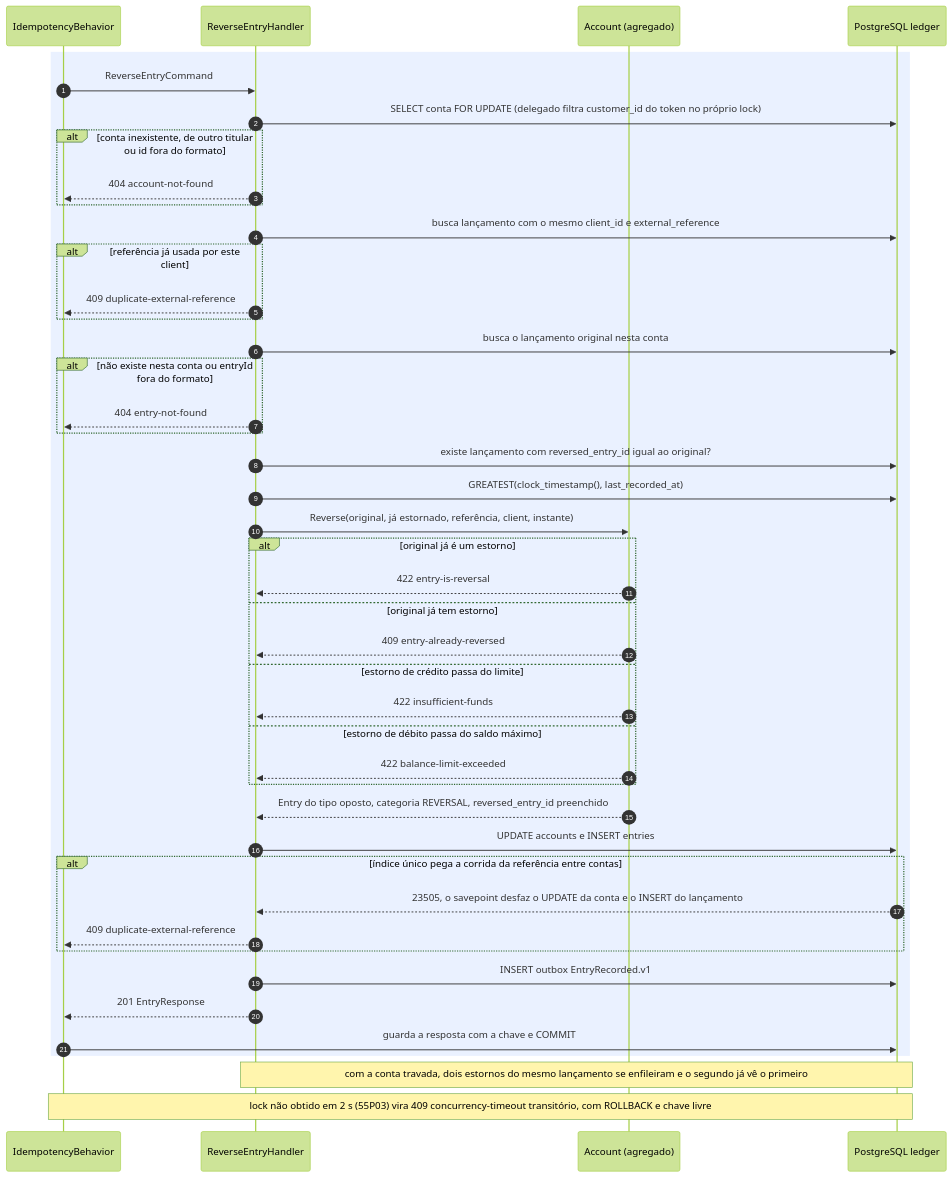
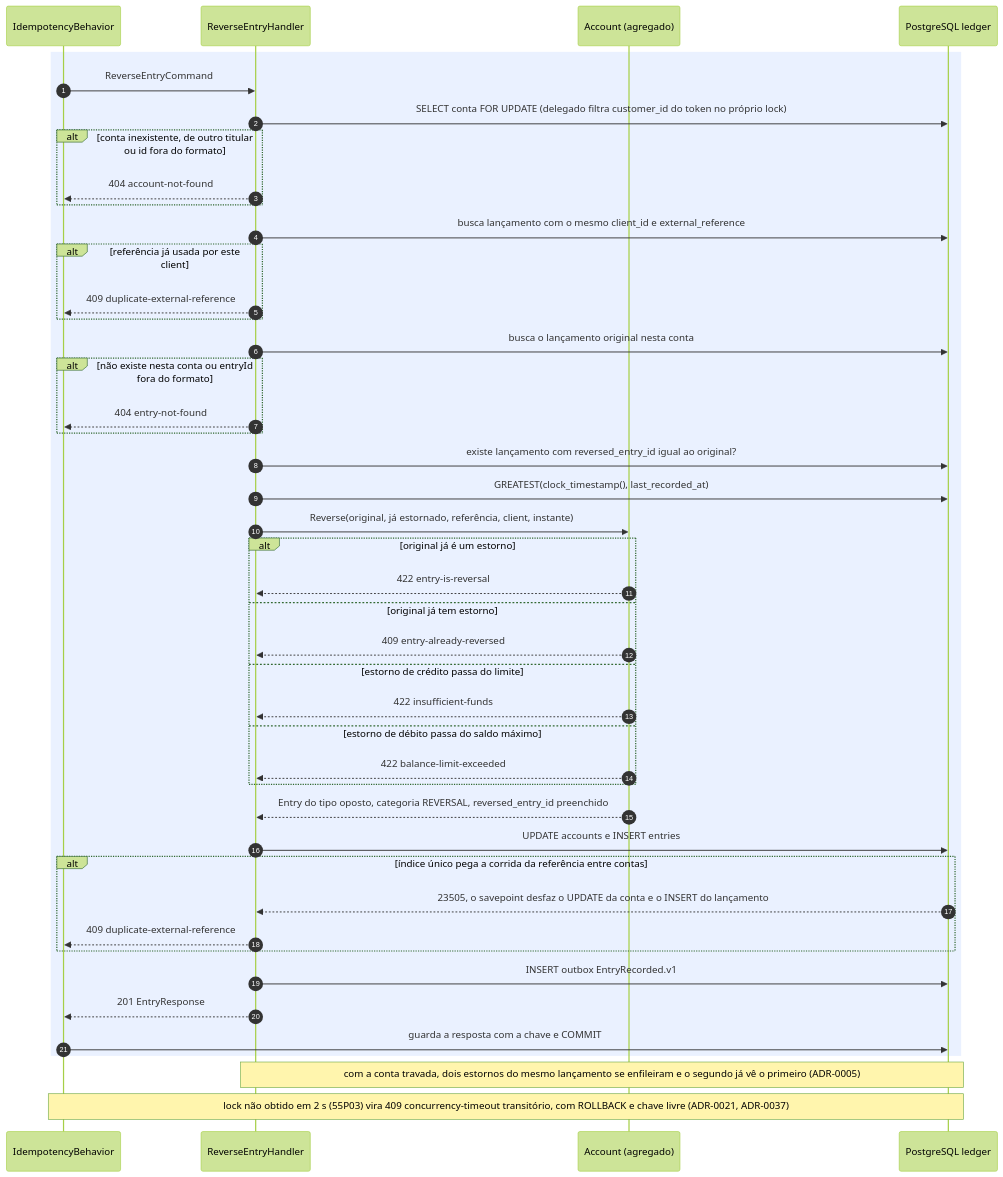
Before and after one commit to arthuurw/desafio-arquiteto-keyrus: the second of 8 diagrams in docs/arquitetura/fluxos-ledger.md, drawn with Mermaid (forest theme). The commit also changed other lines of this file and 4 other files, not shown here.

First line of the commit message:
docs(fluxos): close the code review findings on the flow docs

````diff
--- a/docs/arquitetura/fluxos-ledger.md
+++ b/docs/arquitetura/fluxos-ledger.md
@@ -71,47 +71,47 @@
 ```mermaid
 sequenceDiagram
   autonumber
   participant B as IdempotencyBehavior
   participant H as ReverseEntryHandler
   participant A as Account (agregado)
   participant DB as PostgreSQL ledger
 
   rect rgba(80, 140, 255, 0.12)
     B->>H: ReverseEntryCommand
     H->>DB: SELECT conta FOR UPDATE (delegado filtra customer_id do token no próprio lock)
     alt conta inexistente, de outro titular ou id fora do formato
       H-->>B: 404 account-not-found
     end
     H->>DB: busca lançamento com o mesmo client_id e external_reference
     alt referência já usada por este client
       H-->>B: 409 duplicate-external-reference
     end
     H->>DB: busca o lançamento original nesta conta
     alt não existe nesta conta ou entryId fora do formato
       H-->>B: 404 entry-not-found
     end
     H->>DB: existe lançamento com reversed_entry_id igual ao original?
     H->>DB: GREATEST(clock_timestamp(), last_recorded_at)
     H->>A: Reverse(original, já estornado, referência, client, instante)
     alt original já é um estorno
       A-->>H: 422 entry-is-reversal
     else original já tem estorno
       A-->>H: 409 entry-already-reversed
     else estorno de crédito passa do limite
       A-->>H: 422 insufficient-funds
     else estorno de débito passa do saldo máximo
       A-->>H: 422 balance-limit-exceeded
     end
     A-->>H: Entry do tipo oposto, categoria REVERSAL, reversed_entry_id preenchido
     H->>DB: UPDATE accounts e INSERT entries
     alt índice único pega a corrida da referência entre contas
       DB-->>H: 23505, o savepoint desfaz o UPDATE da conta e o INSERT do lançamento
       H-->>B: 409 duplicate-external-reference
     end
     H->>DB: INSERT outbox EntryRecorded.v1
     H-->>B: 201 EntryResponse
     B->>DB: guarda a resposta com a chave e COMMIT
   end
-  Note over H,DB: com a conta travada, dois estornos do mesmo lançamento se enfileiram e o segundo já vê o primeiro
-  Note over B,DB: lock não obtido em 2 s (55P03) vira 409 concurrency-timeout transitório, com ROLLBACK e chave livre
+  Note over H,DB: com a conta travada, dois estornos do mesmo lançamento se enfileiram e o segundo já vê o primeiro (ADR-0005)
+  Note over B,DB: lock não obtido em 2 s (55P03) vira 409 concurrency-timeout transitório, com ROLLBACK e chave livre (ADR-0021, ADR-0037)
 ```
````
